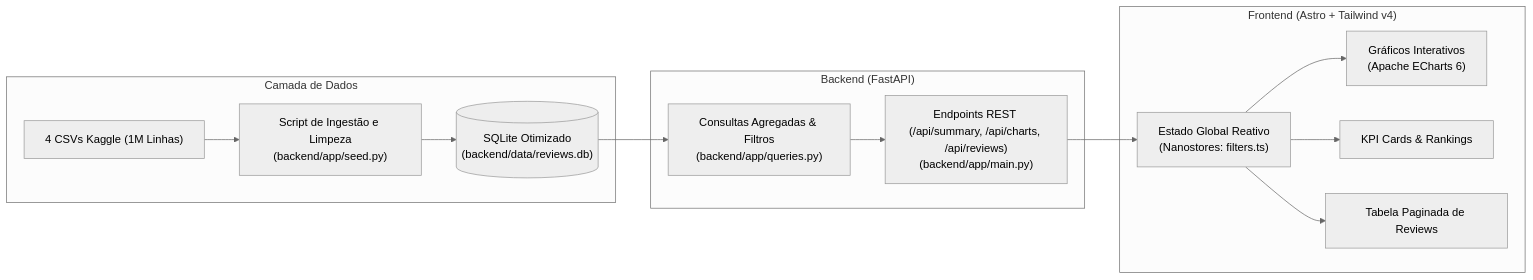
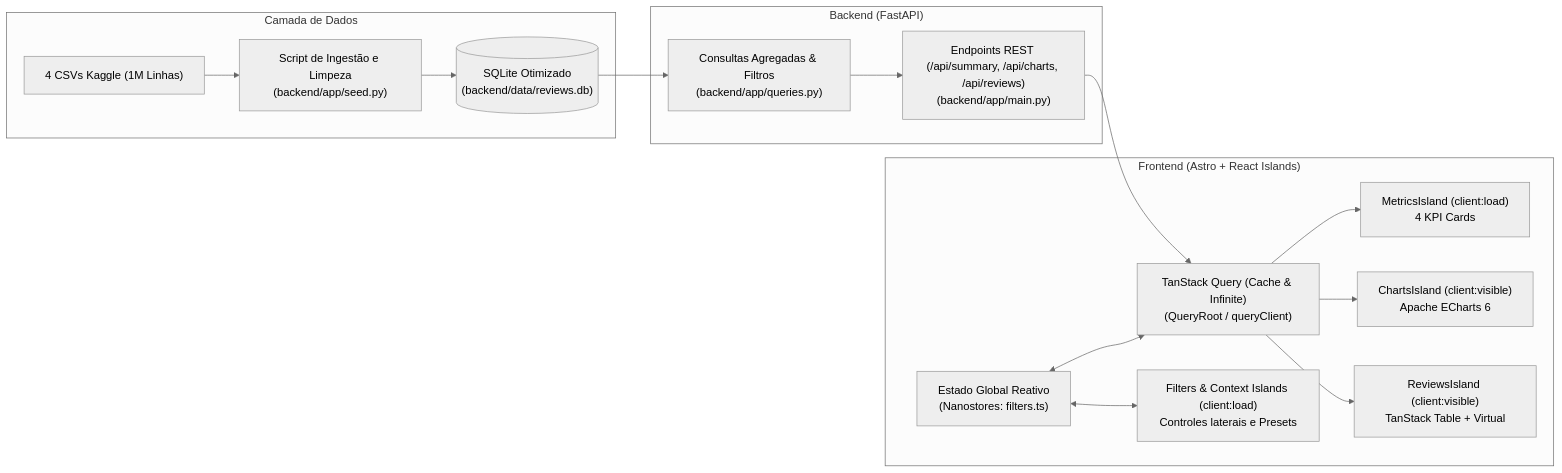
One commit to EmersonPalatti/game-review-dashboard changed the first of 4 diagrams in README.md. Above: the diagram before and after it, drawn with Mermaid (neutral theme). The commit also changed other lines of this file and 13 other files, not shown here.

````diff
--- a/README.md
+++ b/README.md
@@ -57,19 +57,21 @@
 ```mermaid
 flowchart LR
     subgraph Dados ["Camada de Dados"]
         CSV["4 CSVs Kaggle (1M Linhas)"] --> SEED["Script de Ingestão e Limpeza\n(backend/app/seed.py)"]
         SEED --> SQLITE[("SQLite Otimizado\n(backend/data/reviews.db)")]
     end
 
     subgraph Backend ["Backend (FastAPI)"]
         SQLITE --> REPO["Consultas Agregadas & Filtros\n(backend/app/queries.py)"]
         REPO --> API["Endpoints REST (/api/summary, /api/charts, /api/reviews)\n(backend/app/main.py)"]
     end
 
-    subgraph Frontend ["Frontend (Astro + Tailwind v4)"]
-        API --> STORE["Estado Global Reativo\n(Nanostores: filters.ts)"]
-        STORE --> CHARTS["Gráficos Interativos\n(Apache ECharts 6)"]
-        STORE --> KPIS["KPI Cards & Rankings"]
-        STORE --> TABLE["Tabela Paginada de Reviews"]
+    subgraph Frontend ["Frontend (Astro + React Islands)"]
+        API --> QUERY["TanStack Query (Cache & Infinite)\n(QueryRoot / queryClient)"]
+        STORE["Estado Global Reativo\n(Nanostores: filters.ts)"] <--> QUERY
+        STORE <--> FILTERS["Filters & Context Islands (client:load)\nControles laterais e Presets"]
+        QUERY --> KPIS["MetricsIsland (client:load)\n4 KPI Cards"]
+        QUERY --> CHARTS["ChartsIsland (client:visible)\nApache ECharts 6"]
+        QUERY --> TABLE["ReviewsIsland (client:visible)\nTanStack Table + Virtual"]
     end
 ```
````
